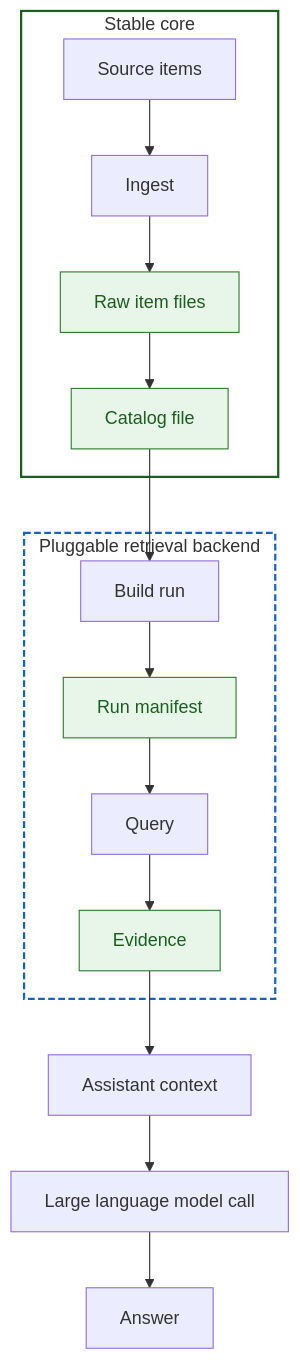
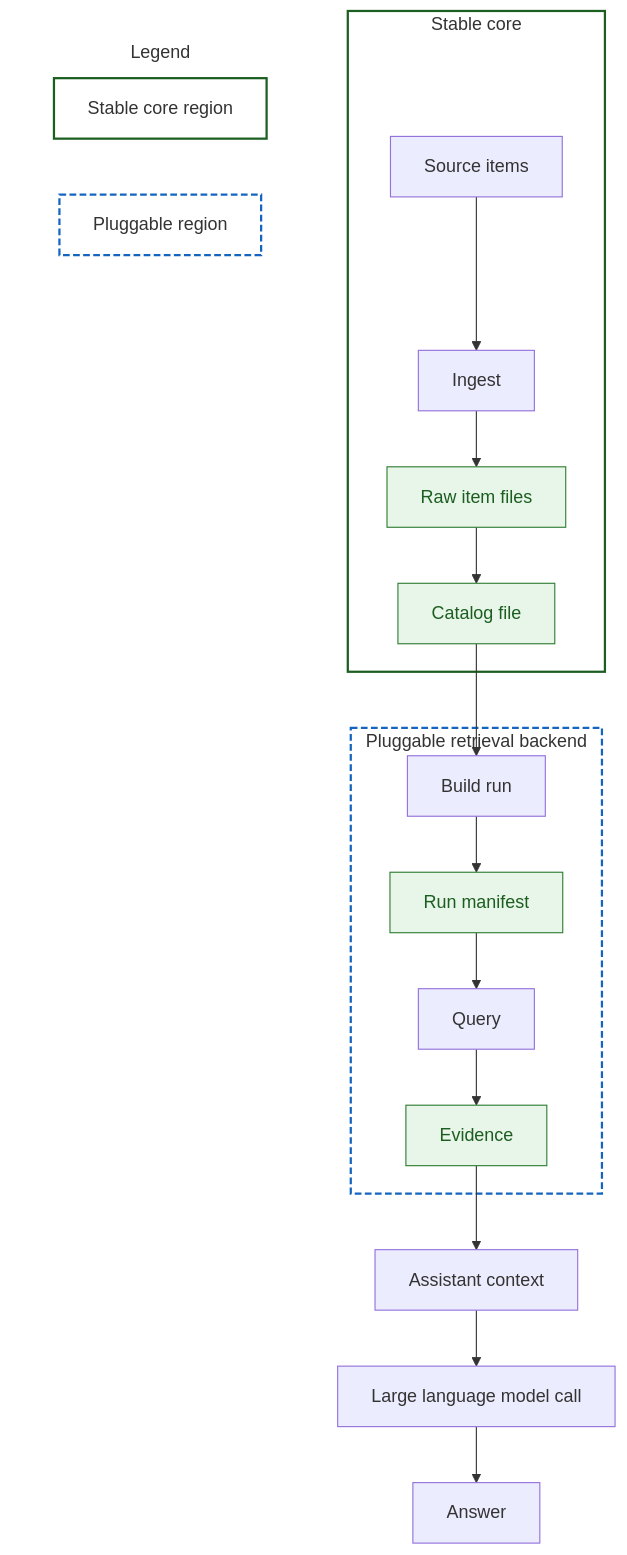
The diagram in README.md (AnthusAI/Biblicus), drawn with Mermaid before and after one commit. The commit also changed other lines of this file, not shown here.

Commit message:
docs: add diagram legend for region styles

````diff
--- a/README.md
+++ b/README.md
@@ -35,28 +36,37 @@
 ```mermaid
 %%{init: {"flowchart": {"useMaxWidth": true}}}%%
 flowchart TD
   subgraph StableCore[Stable core]
     Source[Source items] --> Ingest[Ingest]
     Ingest --> Raw[Raw item files]
     Raw --> Catalog[Catalog file]
   end
 
   subgraph PluggableRetrievalBackend[Pluggable retrieval backend]
     Build[Build run] --> Run[Run manifest]
     Run --> Query[Query]
     Query --> Evidence[Evidence]
   end
 
   Catalog --> Build
   Evidence --> Context[Assistant context]
   Context --> Model[Large language model call]
   Model --> Answer[Answer]
 
   style StableCore fill:#ffffff,stroke:#1b5e20,stroke-width:2px
   style PluggableRetrievalBackend fill:#ffffff,stroke:#1565c0,stroke-dasharray:6 3,stroke-width:2px
 
   style Raw fill:#e8f5e9,stroke:#2e7d32,color:#1b5e20
   style Catalog fill:#e8f5e9,stroke:#2e7d32,color:#1b5e20
   style Run fill:#e8f5e9,stroke:#2e7d32,color:#1b5e20
   style Evidence fill:#e8f5e9,stroke:#2e7d32,color:#1b5e20
+
+  subgraph Legend[Legend]
+    LegendStable[Stable core region]
+    LegendPluggable[Pluggable region]
+  end
+
+  style Legend fill:#ffffff,stroke:#ffffff
+  style LegendStable fill:#ffffff,stroke:#1b5e20,stroke-width:2px
+  style LegendPluggable fill:#ffffff,stroke:#1565c0,stroke-dasharray:6 3,stroke-width:2px
 ```
````
